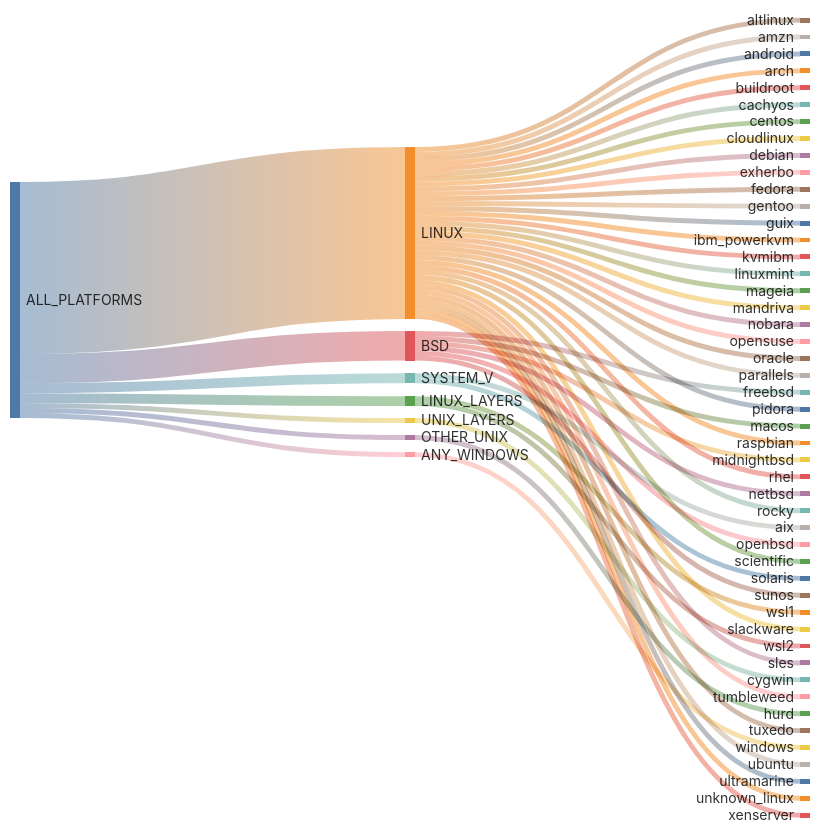
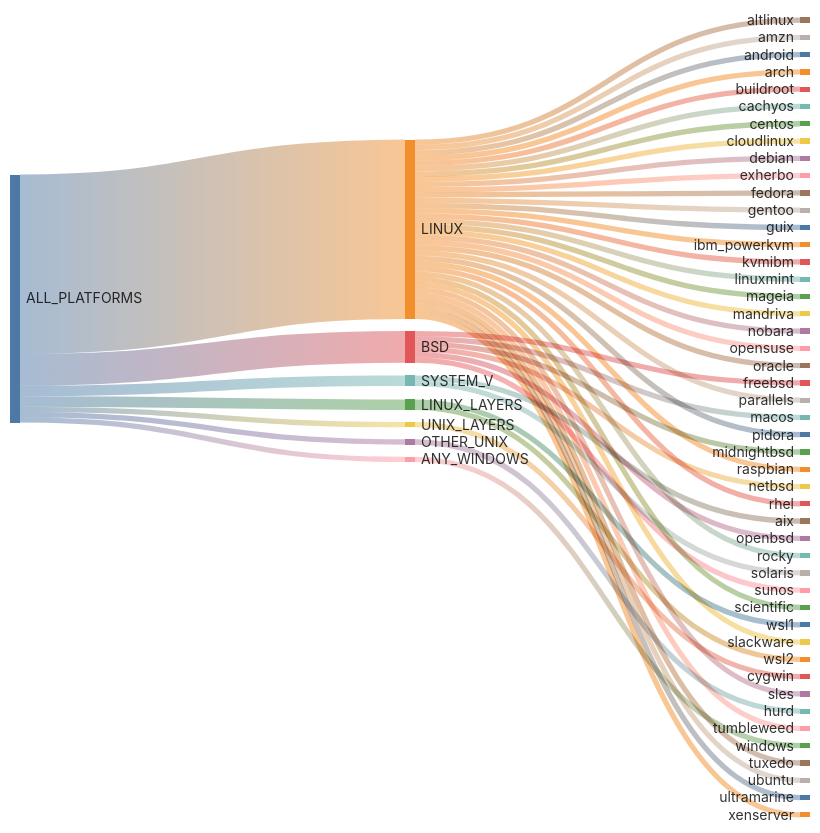
One commit to kdeldycke/extra-platforms changed the first of 2 diagrams in docs/platforms.md. Above: the diagram before and after it, drawn with Mermaid. The commit also changed other lines of this file and 20 other files, not shown here.

Commit message:
Regroup all unknown traits

````diff
--- a/docs/platforms.md
+++ b/docs/platforms.md
@@ -110,62 +113,61 @@
 ```mermaid
 ---
 config: {"sankey": {"showValues": false, "width": 800, "height": 800}}
 ---
 sankey-beta
 
-ALL_PLATFORMS,LINUX,35
+ALL_PLATFORMS,LINUX,34
 ALL_PLATFORMS,BSD,6
 ALL_PLATFORMS,SYSTEM_V,2
 ALL_PLATFORMS,LINUX_LAYERS,2
 ALL_PLATFORMS,UNIX_LAYERS,1
 ALL_PLATFORMS,OTHER_UNIX,1
 ALL_PLATFORMS,ANY_WINDOWS,1
 LINUX,altlinux,1
 LINUX,amzn,1
 LINUX,android,1
 LINUX,arch,1
 LINUX,buildroot,1
 LINUX,cachyos,1
 LINUX,centos,1
 LINUX,cloudlinux,1
 LINUX,debian,1
 LINUX,exherbo,1
 LINUX,fedora,1
 LINUX,gentoo,1
 LINUX,guix,1
 LINUX,ibm_powerkvm,1
 LINUX,kvmibm,1
 LINUX,linuxmint,1
 LINUX,mageia,1
 LINUX,mandriva,1
 LINUX,nobara,1
 LINUX,opensuse,1
 LINUX,oracle,1
 LINUX,parallels,1
 LINUX,pidora,1
 LINUX,raspbian,1
 LINUX,rhel,1
 LINUX,rocky,1
 LINUX,scientific,1
 LINUX,slackware,1
 LINUX,sles,1
 LINUX,tumbleweed,1
 LINUX,tuxedo,1
 LINUX,ubuntu,1
 LINUX,ultramarine,1
-LINUX,unknown_linux,1
 LINUX,xenserver,1
 BSD,freebsd,1
 BSD,macos,1
 BSD,midnightbsd,1
 BSD,netbsd,1
 BSD,openbsd,1
 BSD,sunos,1
 SYSTEM_V,aix,1
 SYSTEM_V,solaris,1
 LINUX_LAYERS,wsl1,1
 LINUX_LAYERS,wsl2,1
 UNIX_LAYERS,cygwin,1
 OTHER_UNIX,hurd,1
 ANY_WINDOWS,windows,1
 ```
````
